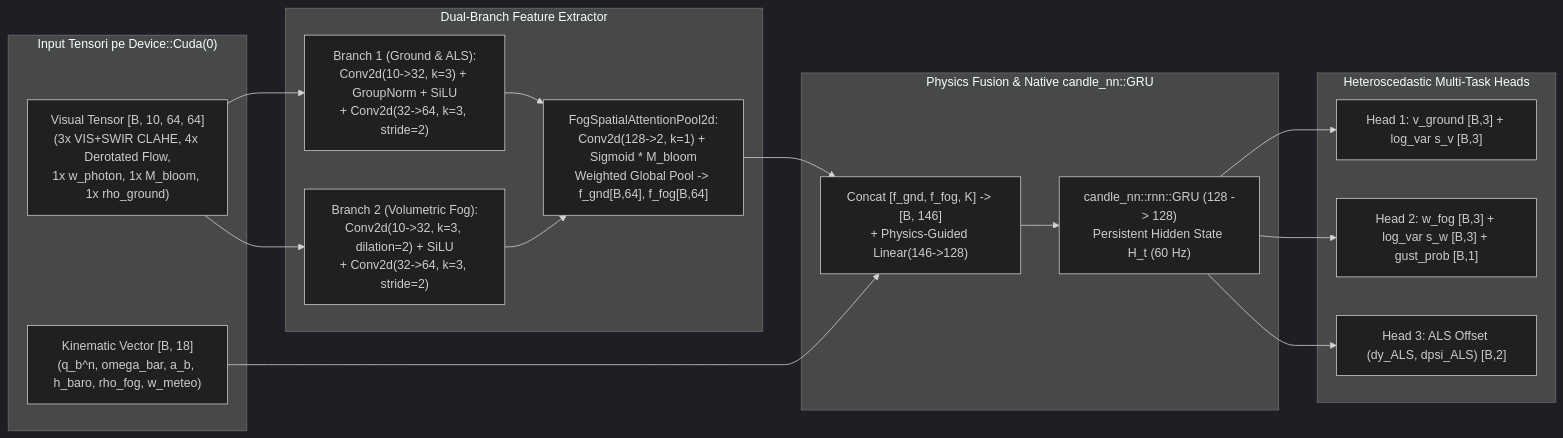
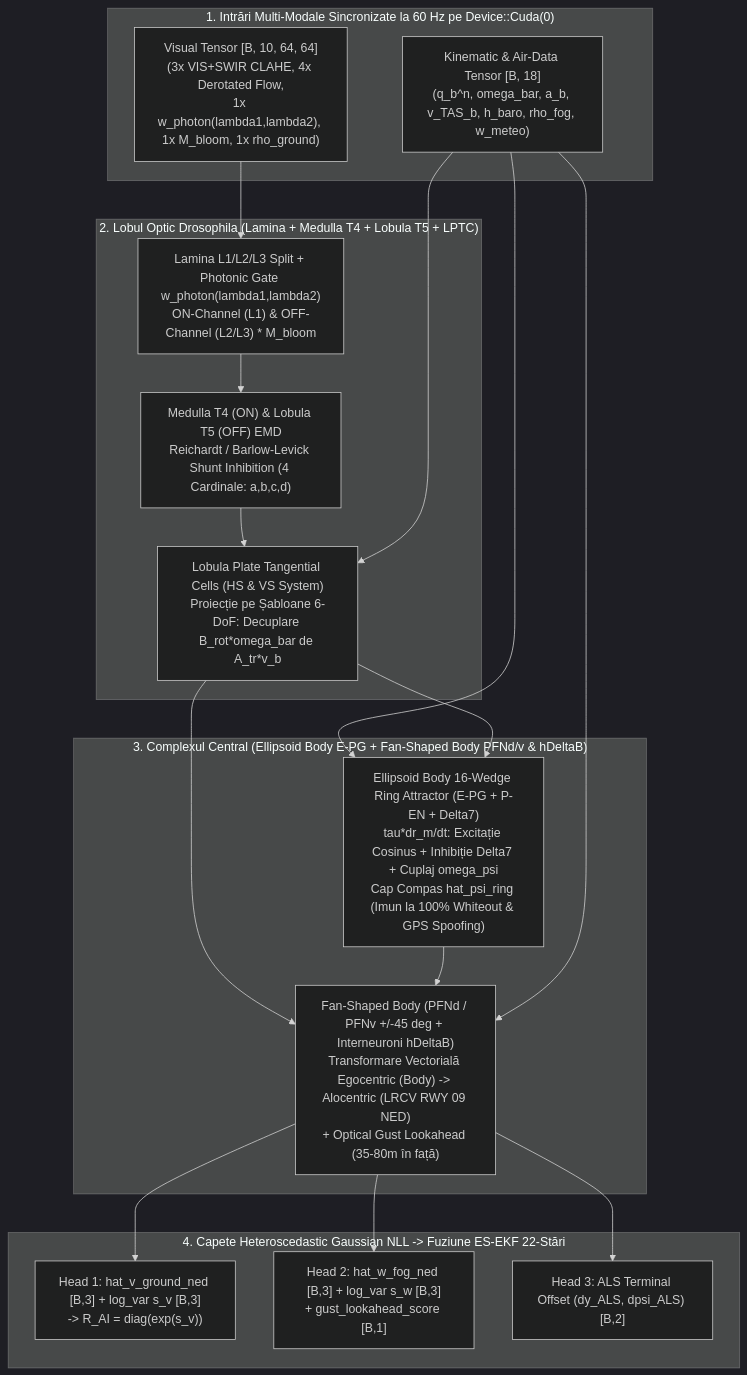
One commit to petreleon/Craiova-Hackathon-2026 changed the diagram in arhitectura/02_aero_ai_cuda.md. Above: the diagram before and after it, drawn with Mermaid (dark theme). The commit also changed other lines of this file and 8 other files, not shown here.

Commit message:
feat(drosophila-connectome): integrate Google Research Drosophila Connectome across 6-page UI, CUDA trainer & PPTX

````diff
--- a/arhitectura/02_aero_ai_cuda.md
+++ b/arhitectura/02_aero_ai_cuda.md
@@ -46,33 +142,35 @@
 ```mermaid
-flowchart LR
-    subgraph Input ["Input Tensori pe Device::Cuda(0)"]
-        V["Visual Tensor [B, 10, 64, 64]\n(3x VIS+SWIR CLAHE, 4x Derotated Flow,\n1x w_photon, 1x M_bloom, 1x rho_ground)"]
-        K["Kinematic Vector [B, 18]\n(q_b^n, omega_bar, a_b, h_baro, rho_fog, w_meteo)"]
+flowchart TD
+    subgraph Input ["1. Intrări Multi-Modale Sincronizate la 60 Hz pe Device::Cuda(0)"]
+        V["Visual Tensor [B, 10, 64, 64]\n(3x VIS+SWIR CLAHE, 4x Derotated Flow,\n1x w_photon(lambda1,lambda2), 1x M_bloom, 1x rho_ground)"]
+        K["Kinematic & Air-Data Tensor [B, 18]\n(q_b^n, omega_bar, a_b, v_TAS_b, h_baro, rho_fog, w_meteo)"]
     end
 
-    subgraph Stem ["Dual-Branch Feature Extractor"]
-        C_GND["Branch 1 (Ground & ALS):\nConv2d(10->32, k=3) + GroupNorm + SiLU\n+ Conv2d(32->64, k=3, stride=2)"]
-        C_FOG["Branch 2 (Volumetric Fog):\nConv2d(10->32, k=3, dilation=2) + SiLU\n+ Conv2d(32->64, k=3, stride=2)"]
-        ATT["FogSpatialAttentionPool2d:\nConv2d(128->2, k=1) + Sigmoid * M_bloom\nWeighted Global Pool -> f_gnd[B,64], f_fog[B,64]"]
+    subgraph OpticLobe ["2. Lobul Optic Drosophila (Lamina + Medulla T4 + Lobula T5 + LPTC)"]
+        LAM["Lamina L1/L2/L3 Split + Photonic Gate w_photon(lambda1,lambda2)\nON-Channel (L1) & OFF-Channel (L2/L3) * M_bloom"]
+        T4T5["Medulla T4 (ON) & Lobula T5 (OFF) EMD\nReichardt / Barlow-Levick Shunt Inhibition (4 Cardinale: a,b,c,d)"]
+        LPTC["Lobula Plate Tangential Cells (HS & VS System)\nProiecție pe Șabloane 6-DoF: Decuplare B_rot*omega_bar de A_tr*v_b"]
     end
 
-    subgraph Temporal ["Physics Fusion & Native candle_nn::GRU"]
-        PROJ["Concat [f_gnd, f_fog, K] -> [B, 146]\n+ Physics-Guided Linear(146->128)"]
-        GRU["candle_nn::rnn::GRU (128 -> 128)\nPersistent Hidden State H_t (60 Hz)"]
+    subgraph CentralComplex ["3. Complexul Central (Ellipsoid Body E-PG + Fan-Shaped Body PFNd/v & hDeltaB)"]
+        EPG["Ellipsoid Body 16-Wedge Ring Attractor (E-PG + P-EN + Delta7)\ntau*dr_m/dt: Excitație Cosinus + Inhibiție Delta7 + Cuplaj omega_psi\nCap Compas hat_psi_ring (Imun la 100% Whiteout & GPS Spoofing)"]
+        FB["Fan-Shaped Body (PFNd / PFNv +/-45 deg + Interneuroni hDeltaB)\nTransformare Vectorială Egocentric (Body) -> Alocentric (LRCV RWY 09 NED)\n+ Optical Gust Lookahead (35-80m în față)"]
     end
 
-    subgraph Heads ["Heteroscedastic Multi-Task Heads"]
-        H1["Head 1: v_ground [B,3] + log_var s_v [B,3]"]
-        H2["Head 2: w_fog [B,3] + log_var s_w [B,3] + gust_prob [B,1]"]
-        H3["Head 3: ALS Offset (dy_ALS, dpsi_ALS) [B,2]"]
+    subgraph Heads ["4. Capete Heteroscedastic Gaussian NLL -> Fuziune ES-EKF 22-Stări"]
+        H1["Head 1: hat_v_ground_ned [B,3] + log_var s_v [B,3]\n-> R_AI = diag(exp(s_v))"]
+        H2["Head 2: hat_w_fog_ned [B,3] + log_var s_w [B,3]\n+ gust_lookahead_score [B,1]"]
+        H3["Head 3: ALS Terminal Offset (dy_ALS, dpsi_ALS) [B,2]"]
     end
 
-    V --> C_GND --> ATT
-    V --> C_FOG --> ATT
-    ATT --> PROJ
-    K --> PROJ
-    PROJ --> GRU
-    GRU --> H1
-    GRU --> H2
-    GRU --> H3
+    V --> LAM --> T4T5 --> LPTC
+    K --> LPTC
+    K --> EPG
+    LPTC --> EPG
+    LPTC --> FB
+    EPG --> FB
+    K --> FB
+    FB --> H1
+    FB --> H2
+    FB --> H3
 ```
````
